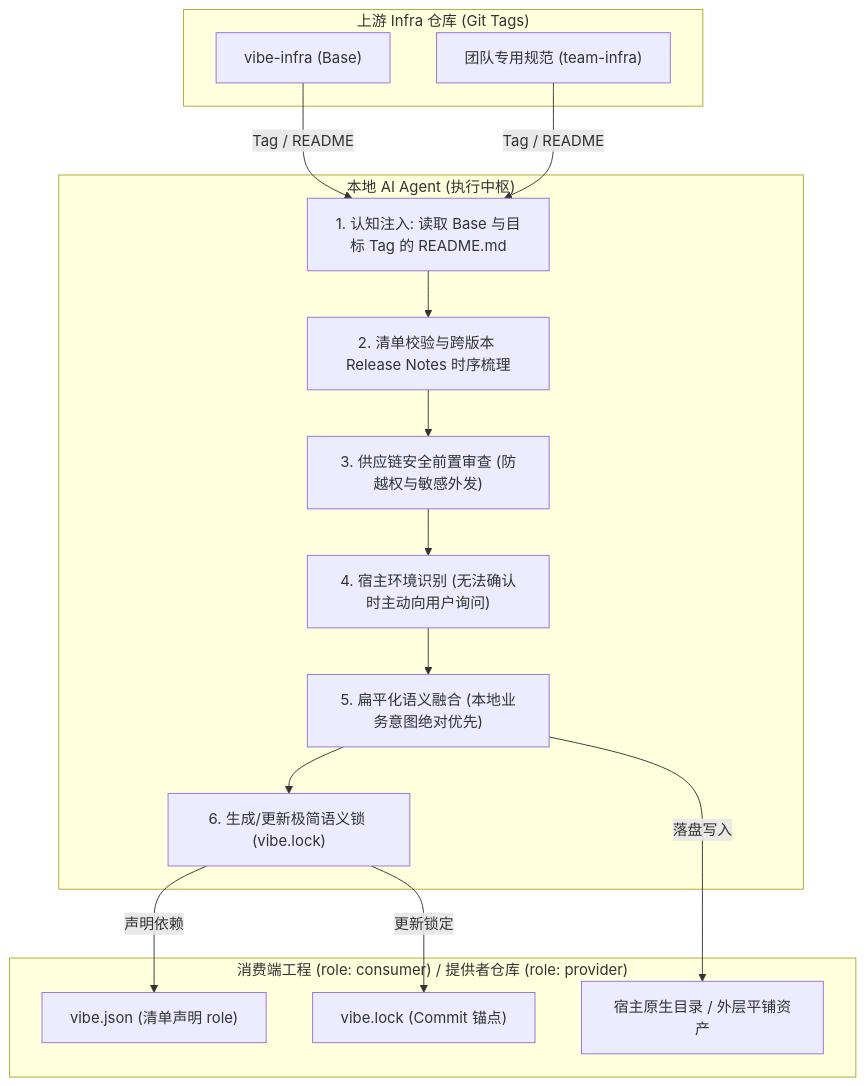
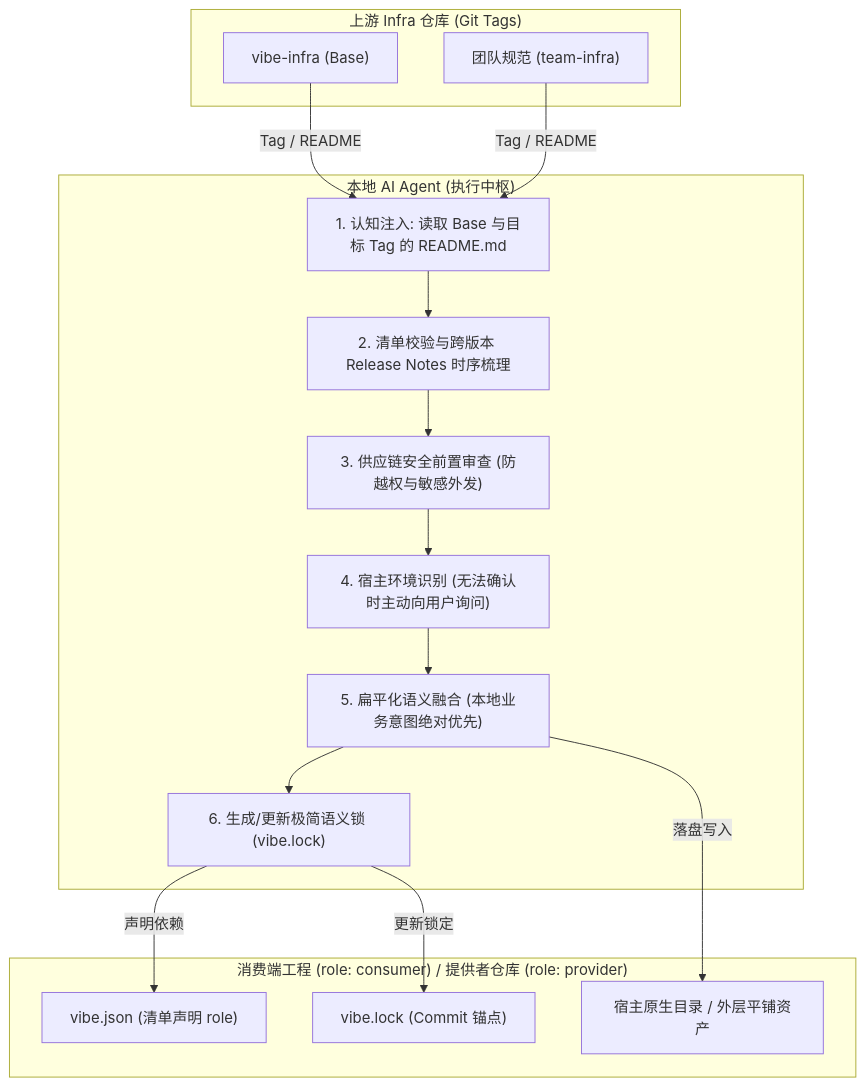
One commit to seho-dev/vibe-infra changed the diagram in README.zh-CN.md. Above: the diagram before and after it, drawn with Mermaid. The commit also changed other lines of this file and 2 other files, not shown here.

````diff
--- a/README.zh-CN.md
+++ b/README.zh-CN.md
@@ -29,33 +29,33 @@
 ```mermaid
 flowchart TD
     subgraph Upstream ["上游 Infra 仓库 (Git Tags)"]
         BaseInfra["vibe-infra (Base)"]
-        TeamInfra["团队专用规范 (team-infra)"]
+        TeamInfra["团队规范 (team-infra)"]
     end
 
     subgraph AgentEngine ["本地 AI Agent (执行中枢)"]
         Context["1. 认知注入: 读取 Base 与目标 Tag 的 README.md"]
         Verify["2. 清单校验与跨版本 Release Notes 时序梳理"]
         Audit["3. 供应链安全前置审查 (防越权与敏感外发)"]
         HarnessDetect["4. 宿主环境识别 (无法确认时主动向用户询问)"]
         SemanticMerge["5. 扁平化语义融合 (本地业务意图绝对优先)"]
         LockGen["6. 生成/更新极简语义锁 (vibe.lock)"]
     end
 
     subgraph LocalProject ["消费端工程 (role: consumer) / 提供者仓库 (role: provider)"]
         VibeJson["vibe.json (清单声明 role)"]
         VibeLock["vibe.lock (Commit 锚点)"]
         TargetDir["宿主原生目录 / 外层平铺资产"]
     end
 
     BaseInfra -->|"Tag / README"| Context
     TeamInfra -->|"Tag / README"| Context
     Context --> Verify
     Verify --> Audit
     Audit --> HarnessDetect
     HarnessDetect --> SemanticMerge
     SemanticMerge --> LockGen
     LockGen -->|"更新锁定"| VibeLock
     LockGen -->|"声明依赖"| VibeJson
     SemanticMerge -->|"落盘写入"| TargetDir
 ```
````
